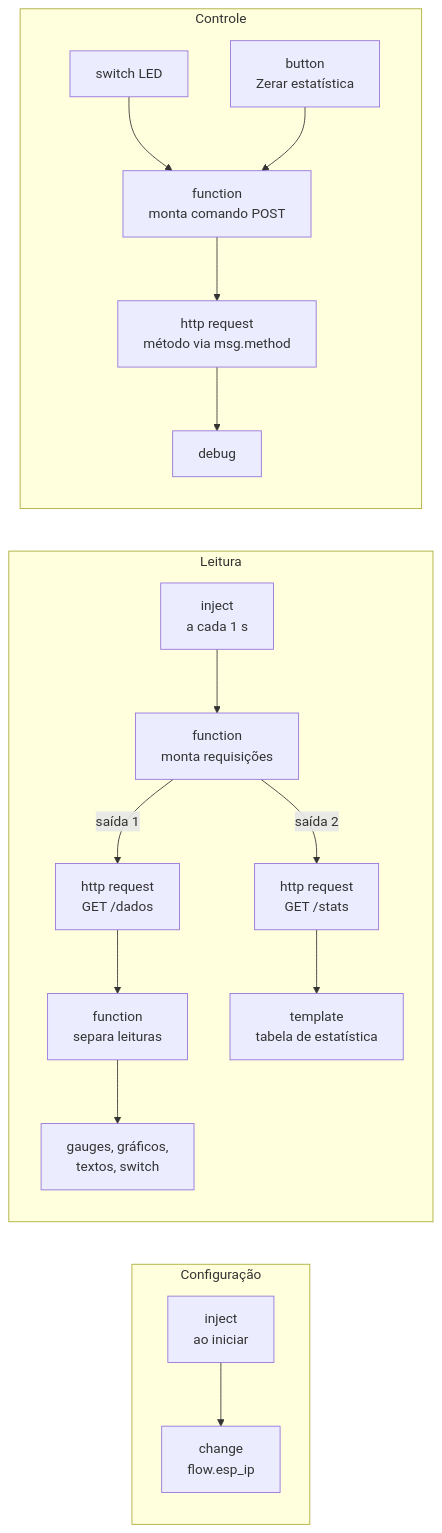
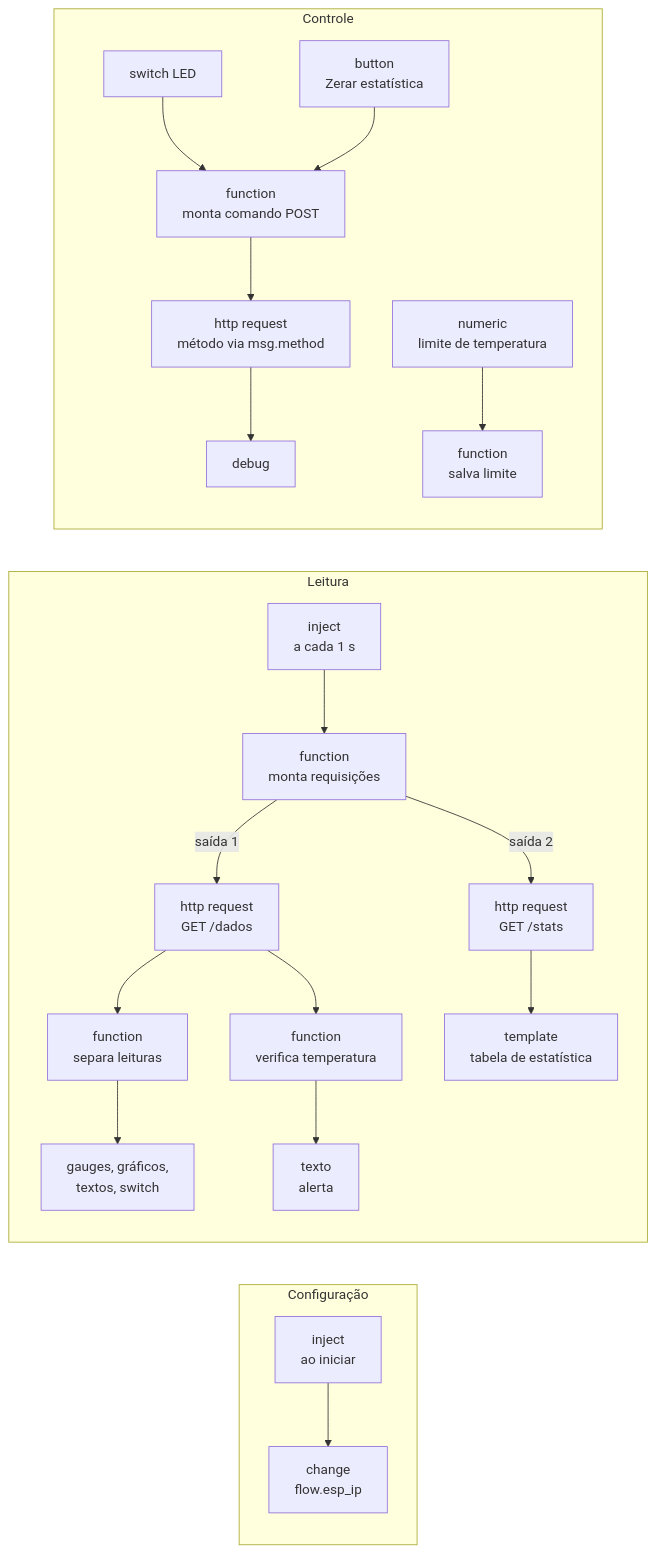
The second of 2 diagrams in README.md (GuilhermeBertola1/T2_RIC), drawn with Mermaid before and after one commit. The commit also changed other lines of this file and 6 other files, not shown here.

````diff
--- a/README.md
+++ b/README.md
@@ -321,16 +321,18 @@
 ```mermaid
 flowchart LR
     subgraph Configuração
         I0[inject<br/>ao iniciar] --> C0[change<br/>flow.esp_ip]
     end
     subgraph Leitura
         I1[inject<br/>a cada 1 s] --> F1[function<br/>monta requisições]
         F1 -- saída 1 --> H1[http request<br/>GET /dados] --> F2[function<br/>separa leituras] --> W[gauges, gráficos,<br/>textos, switch]
+        H1 --> A[function<br/>verifica temperatura] --> AV[texto<br/>alerta]
         F1 -- saída 2 --> H2[http request<br/>GET /stats] --> T[template<br/>tabela de estatística]
     end
     subgraph Controle
         S[switch LED] --> F3[function<br/>monta comando POST]
         B[button<br/>Zerar estatística] --> F3
         F3 --> H3[http request<br/>método via msg.method] --> D[debug]
+        L[numeric<br/>limite de temperatura] --> FL[function<br/>salva limite]
     end
 ```
````
